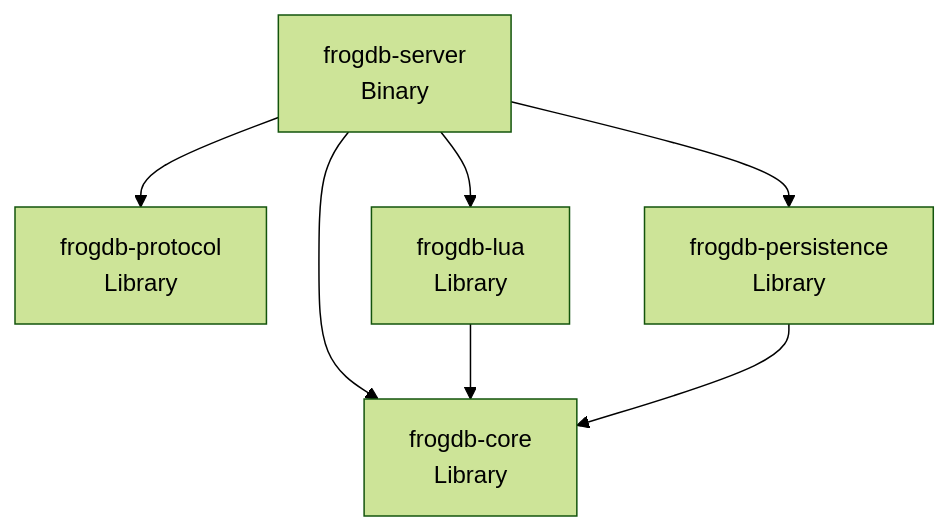
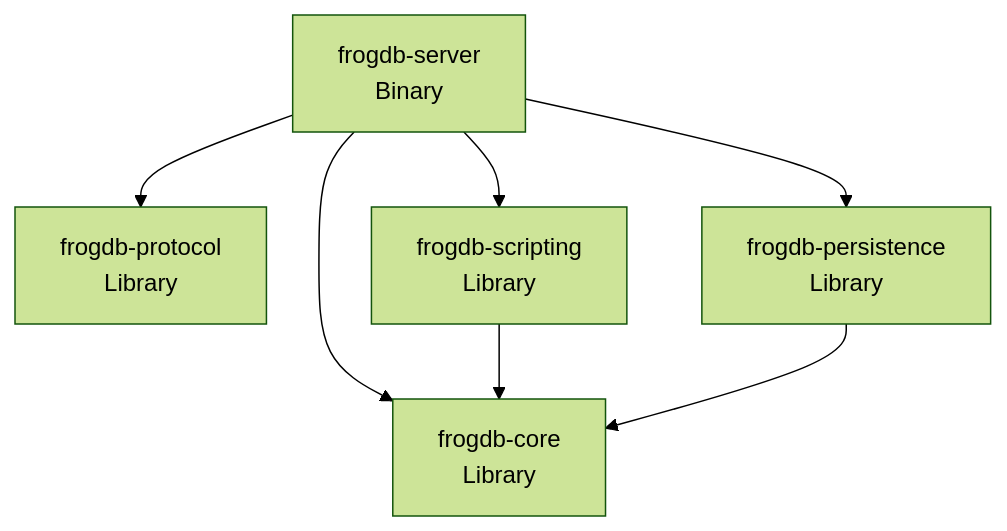
Before and after one commit to frogdb/frogdb: the first of 4 diagrams in docs/spec/ARCHITECTURE.md, drawn with Mermaid (forest theme). The commit also changed other lines of this file and 9 other files, not shown here.

````diff
--- a/docs/spec/ARCHITECTURE.md
+++ b/docs/spec/ARCHITECTURE.md
@@ -100,15 +100,15 @@
 ```mermaid
 graph TD
     SERVER[frogdb-server<br/>Binary]
     PROTO[frogdb-protocol<br/>Library]
     CORE[frogdb-core<br/>Library]
-    LUA[frogdb-lua<br/>Library]
+    LUA[frogdb-scripting<br/>Library]
     PERSIST[frogdb-persistence<br/>Library]
 
     SERVER --> PROTO
     SERVER --> CORE
     SERVER --> LUA
     SERVER --> PERSIST
     LUA --> CORE
     PERSIST --> CORE
 ```
````
